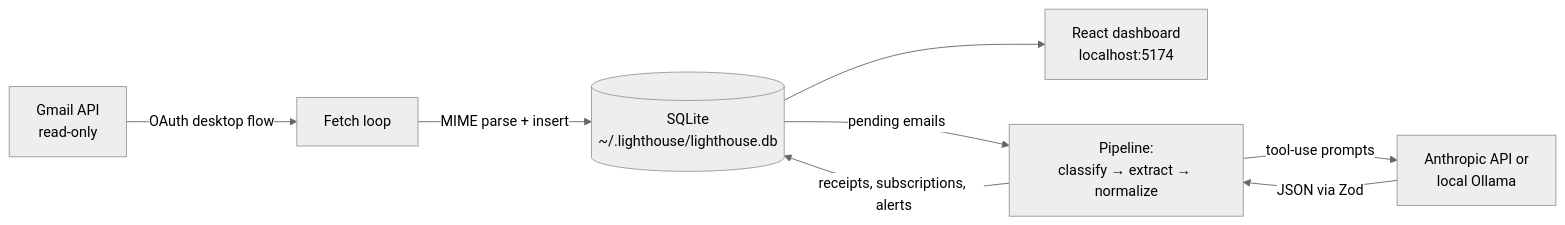
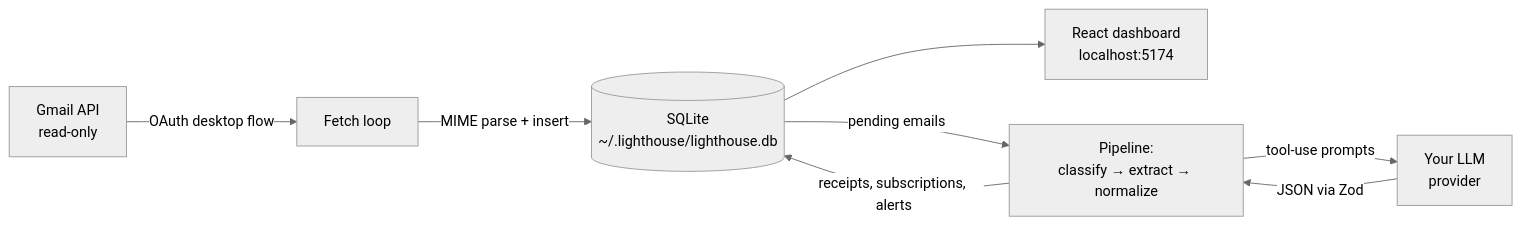
Before and after one commit to vnmoorthy/Lighthouse: the diagram in README.md, drawn with Mermaid (neutral theme). The commit also changed other lines of this file and 20 other files, not shown here.

````diff
--- a/README.md
+++ b/README.md
@@ -113,15 +113,15 @@
 ```mermaid
 flowchart LR
     G[Gmail API<br/>read-only]
-    LLM[Anthropic API or<br/>local Ollama]
+    LLM[Your LLM<br/>provider]
     DB[(SQLite<br/>~/.lighthouse/lighthouse.db)]
     UI[React dashboard<br/>localhost:5174]
 
     G -->|OAuth desktop flow| FETCH[Fetch loop]
     FETCH -->|MIME parse + insert| DB
     DB -->|pending emails| EX[Pipeline:<br/>classify → extract → normalize]
     EX -->|tool-use prompts| LLM
     LLM -->|JSON via Zod| EX
     EX -->|receipts, subscriptions, alerts| DB
     DB --> UI
 ```
````
